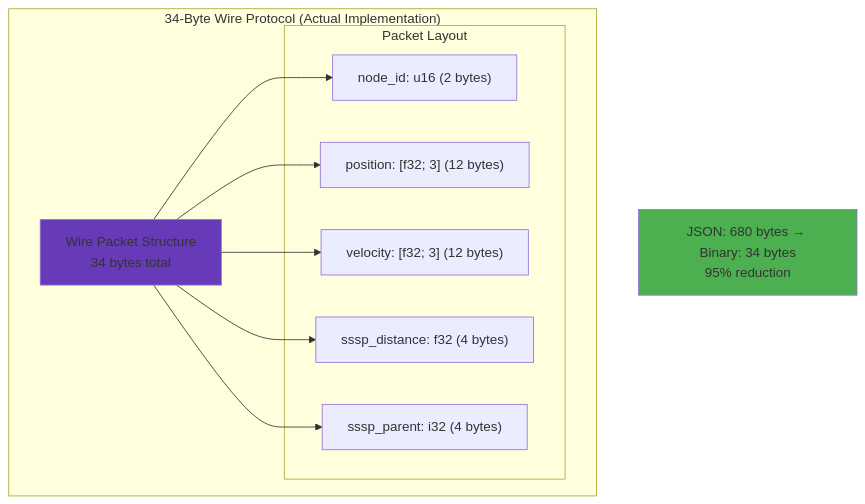
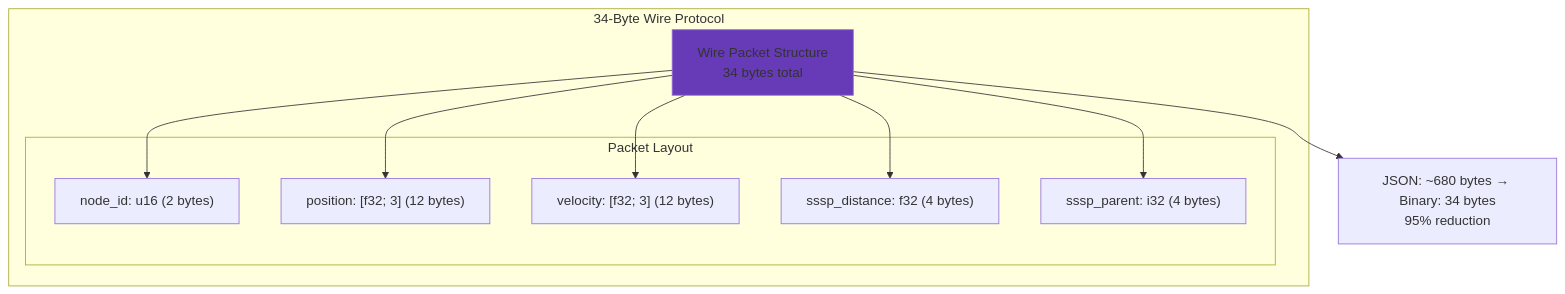
Before and after one commit to DreamLab-AI/VisionFlow: the ninth of 10 diagrams in README.md, drawn with Mermaid. The commit also changed other lines of this file, not shown here.

````diff
--- a/README.md
+++ b/README.md
@@ -147,25 +446,19 @@
 ```mermaid
 graph TD
-    subgraph "34-Byte Wire Protocol (Actual Implementation)"
+    subgraph "34-Byte Wire Protocol"
         WireFormat["Wire Packet Structure<br/>34 bytes total"]
 
         subgraph "Packet Layout"
             NodeID["node_id: u16 (2 bytes)"]
             Position["position: [f32; 3] (12 bytes)"]
             Velocity["velocity: [f32; 3] (12 bytes)"]
             Distance["sssp_distance: f32 (4 bytes)"]
             Parent["sssp_parent: i32 (4 bytes)"]
         end
 
-        WireFormat --> NodeID
-        WireFormat --> Position
-        WireFormat --> Velocity
-        WireFormat --> Distance
-        WireFormat --> Parent
+        WireFormat --> NodeID & Position & Velocity & Distance & Parent
     end
-
-    Comparison["JSON: 680 bytes → Binary: 34 bytes<br/>95% reduction"]
-
+    Comparison["JSON: ~680 bytes → Binary: 34 bytes<br/>95% reduction"]
+    WireFormat --> Comparison
     style WireFormat fill:#673ab7
-    style Comparison fill:#4caf50
 ```
````
